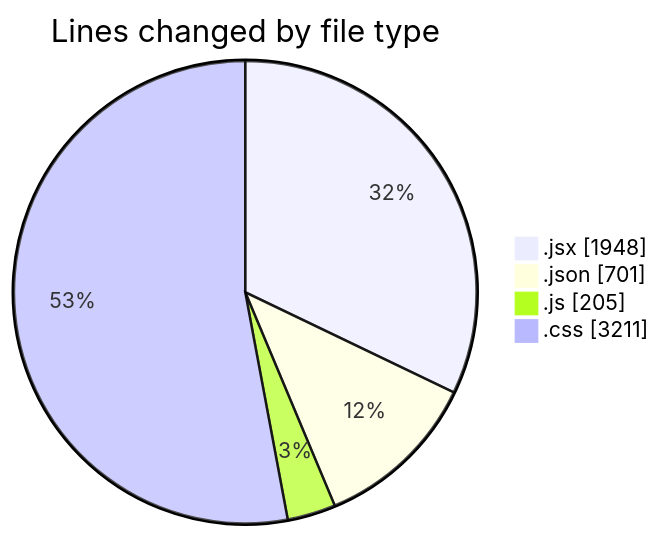
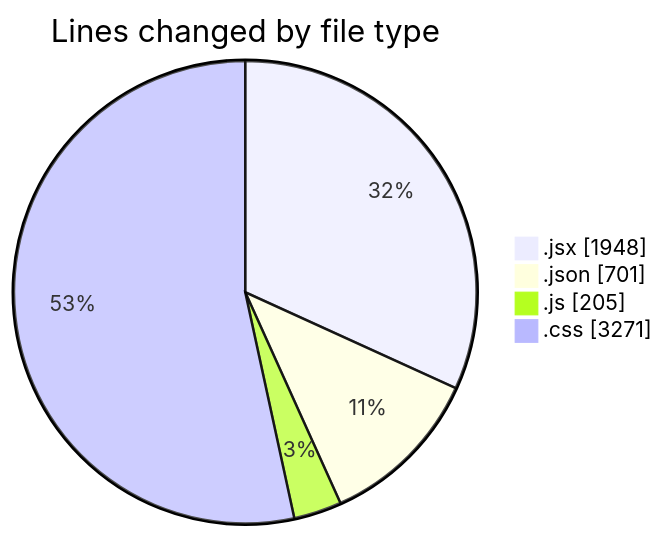
Before and after one commit to BS-eng2023/code-tracking: the first of 2 diagrams in 2025-05-04/project/README.md, drawn with Mermaid. The commit also changed other lines of this file and 1 other file, not shown here.

````diff
--- a/2025-05-04/project/README.md
+++ b/2025-05-04/project/README.md
@@ -43,8 +43,8 @@
 ```mermaid
 pie showData
 title Lines changed by file type
 ".jsx" : 1948
 ".json" : 701
 ".js" : 205
-".css" : 3211
+".css" : 3271
 ```
````
